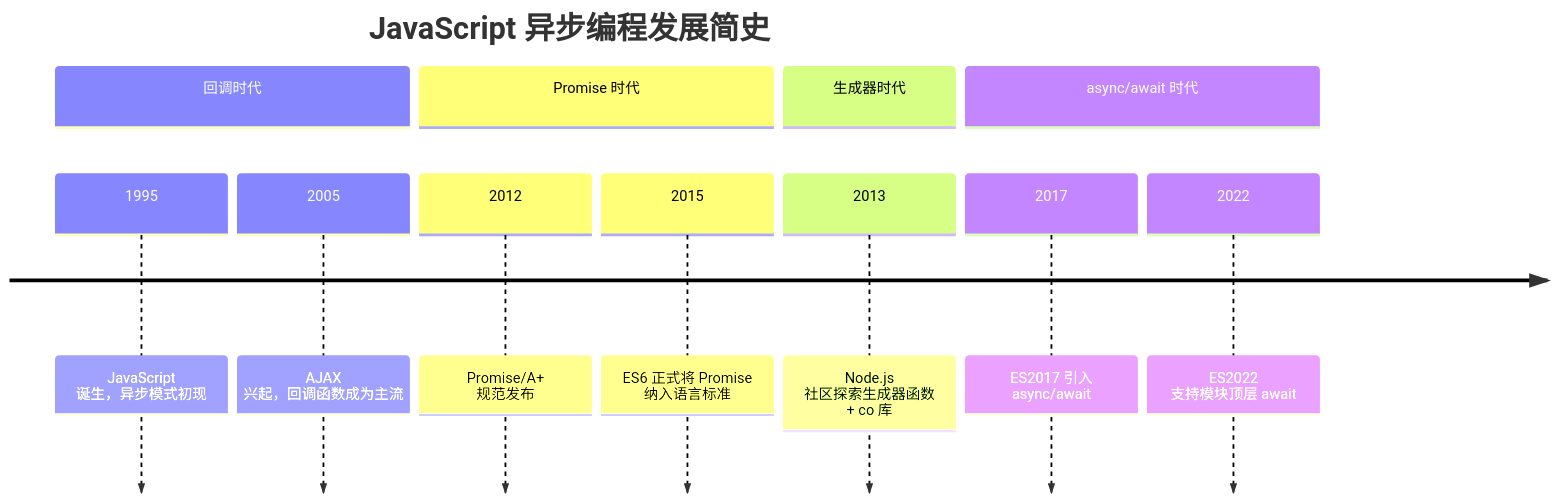
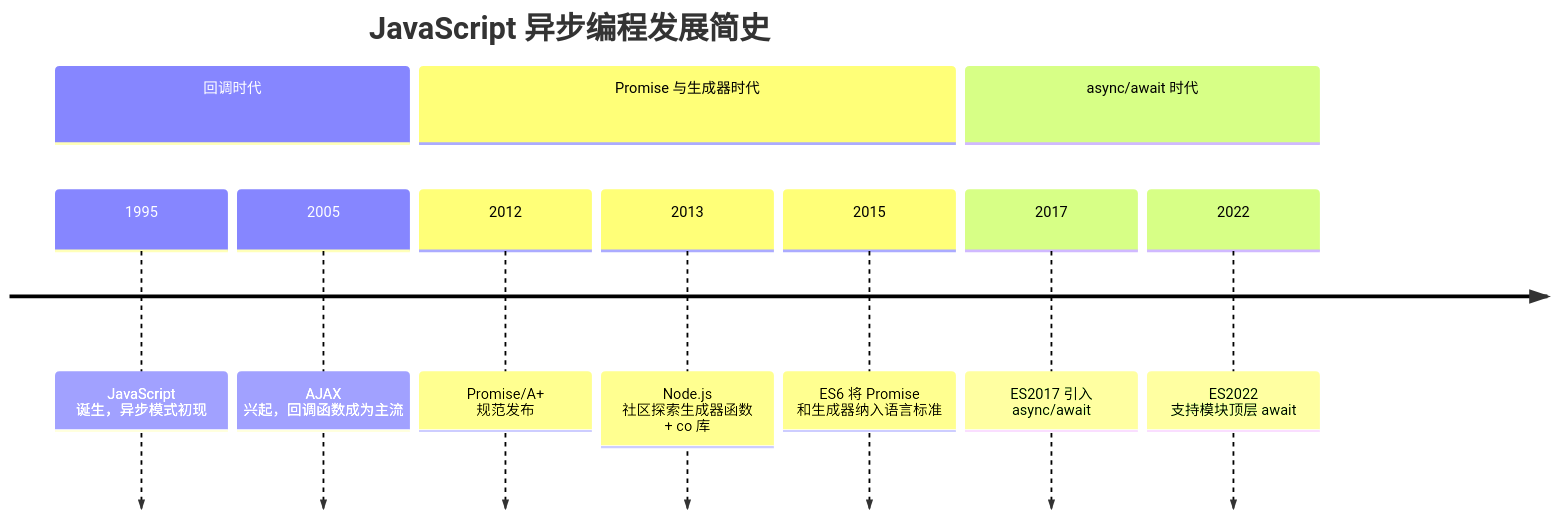
One commit to is-Aaron/is-Aaron.github.io changed the second of 5 diagrams in _posts/2026-02-05-javascript-async-programming.md. Above: the diagram before and after it, drawn with Mermaid. The commit also changed other lines of this file and 15 other files, not shown here.

````diff
--- a/_posts/2026-02-05-javascript-async-programming.md
+++ b/_posts/2026-02-05-javascript-async-programming.md
@@ -49,15 +49,14 @@
 ```mermaid
 timeline
     title JavaScript 异步编程发展简史
     section 回调时代
         1995 : JavaScript 诞生，异步模式初现
         2005 : AJAX 兴起，回调函数成为主流
-    section Promise 时代
+    section Promise 与生成器时代
         2012 : Promise/A+ 规范发布
-        2015 : ES6 正式将 Promise 纳入语言标准
-    section 生成器时代
         2013 : Node.js 社区探索生成器函数 + co 库
+        2015 : ES6 将 Promise 和生成器纳入语言标准
     section async/await 时代
         2017 : ES2017 引入 async/await
         2022 : ES2022 支持模块顶层 await
 ```
````
